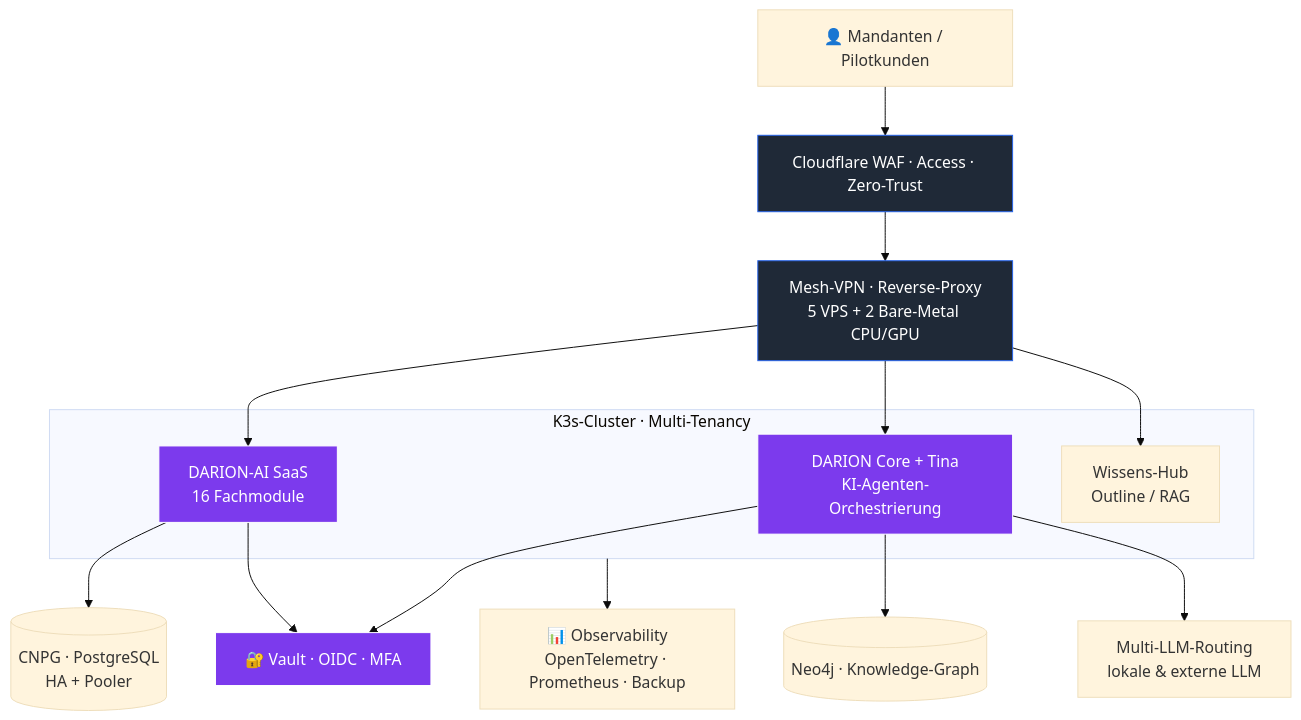
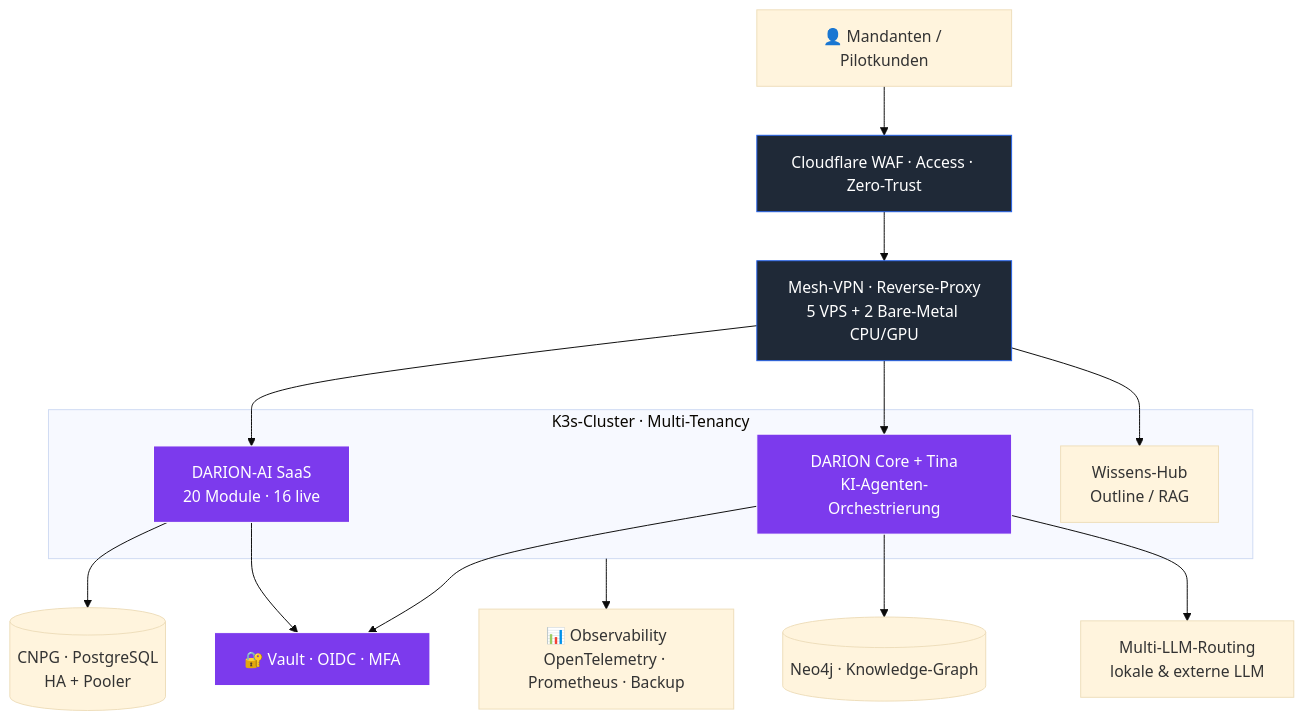
Before and after one commit to frank-wichert/frank-wichert: the diagram in README.md, drawn with Mermaid (base theme). The commit also changed other lines of this file and 1 other file, not shown here.

First line of the commit message:
profil: Modul-Angabe an darion-ai.de angleichen (20 Module, 16 verfuegbar) + DARC-Produktfamilie

````diff
--- a/README.md
+++ b/README.md
@@ -47,27 +47,27 @@
 ```mermaid
 flowchart TD
     U["👤 Mandanten / Pilotkunden"] --> CF["Cloudflare WAF · Access · Zero-Trust"]
     CF --> MESH["Mesh-VPN · Reverse-Proxy<br/>5 VPS + 2 Bare-Metal CPU/GPU"]
 
     subgraph CLUSTER["K3s-Cluster · Multi-Tenancy"]
-        SAAS["DARION-AI SaaS<br/>16 Fachmodule"]
+        SAAS["DARION-AI SaaS<br/>20 Module · 16 live"]
         CORE["DARION Core + Tina<br/>KI-Agenten-Orchestrierung"]
         WIKI["Wissens-Hub<br/>Outline / RAG"]
     end
 
     MESH --> SAAS
     MESH --> CORE
     MESH --> WIKI
 
     SAAS --> DATA[("CNPG · PostgreSQL<br/>HA + Pooler")]
     CORE --> KG[("Neo4j · Knowledge-Graph")]
     CORE --> LLM["Multi-LLM-Routing<br/>lokale & externe LLM"]
     SAAS --> SEC["🔐 Vault · OIDC · MFA"]
     CORE --> SEC
     CLUSTER --> OBS["📊 Observability<br/>OpenTelemetry · Prometheus · Backup"]
 
     classDef edge fill:#1F2937,stroke:#2563EB,color:#fff;
     classDef sec fill:#7C3AED,stroke:#fff,color:#fff;
     class CF,MESH edge;
     class SEC,SAAS,CORE sec;
 ```
````
